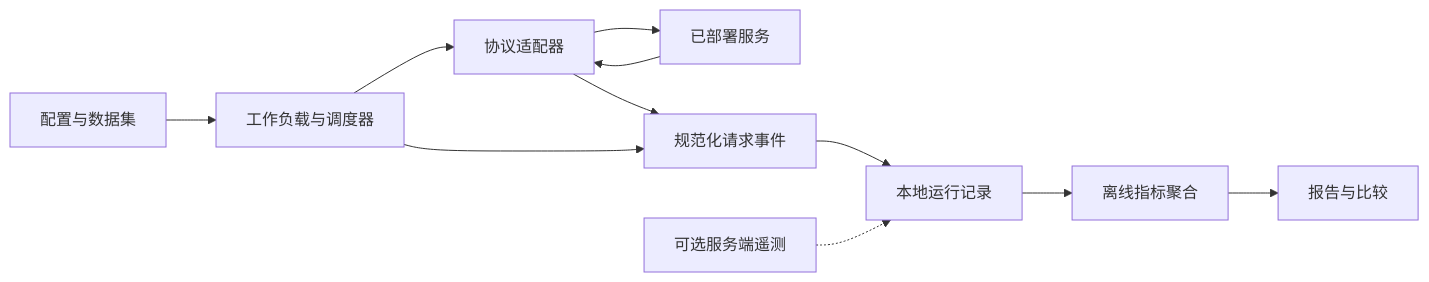
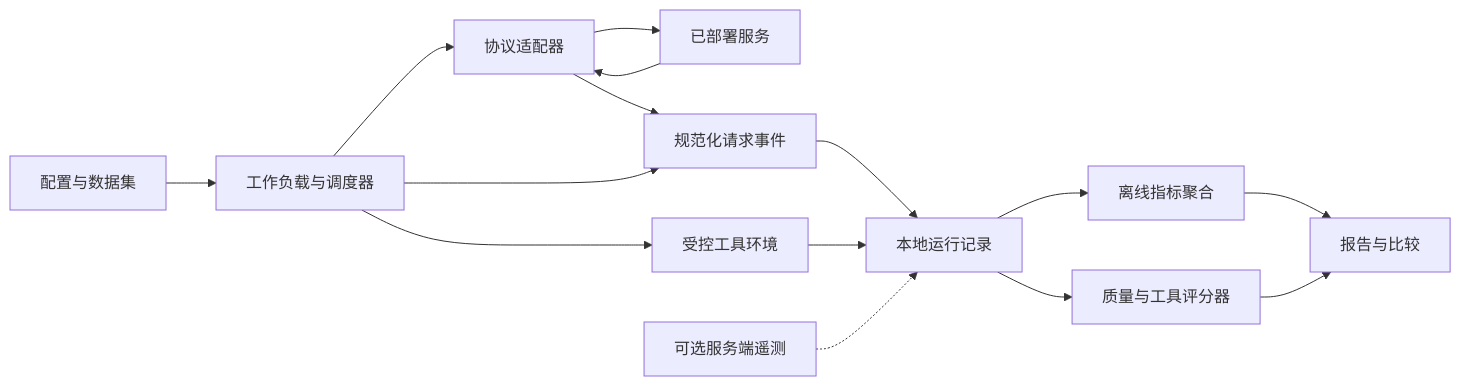
One commit to LDB-org/serving-bench changed the diagram in docs/design.zh-CN.md. Above: the diagram before and after it, drawn with Mermaid. The commit also changed other lines of this file and 3 other files, not shown here.

````diff
--- a/docs/design.zh-CN.md
+++ b/docs/design.zh-CN.md
@@ -40,13 +40,17 @@
 ```mermaid
 flowchart LR
     C[配置与数据集] --> W[工作负载与调度器]
     W --> A[协议适配器]
     A --> E[已部署服务]
     E --> A
     A --> R[规范化请求事件]
     W --> R
     R --> F[本地运行记录]
     F --> M[离线指标聚合]
     M --> P[报告与比较]
+    F --> G[质量与工具评分器]
+    G --> P
+    W --> S[受控工具环境]
+    S --> F
     T[可选服务端遥测] -.-> F
 ```
````
